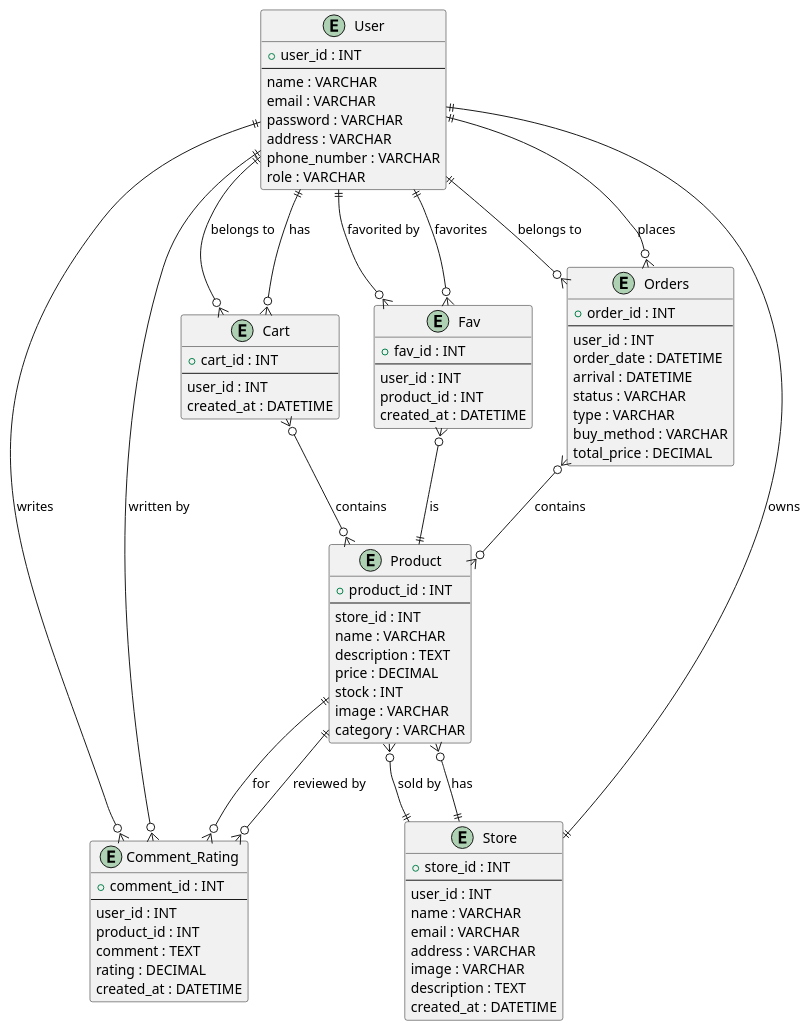
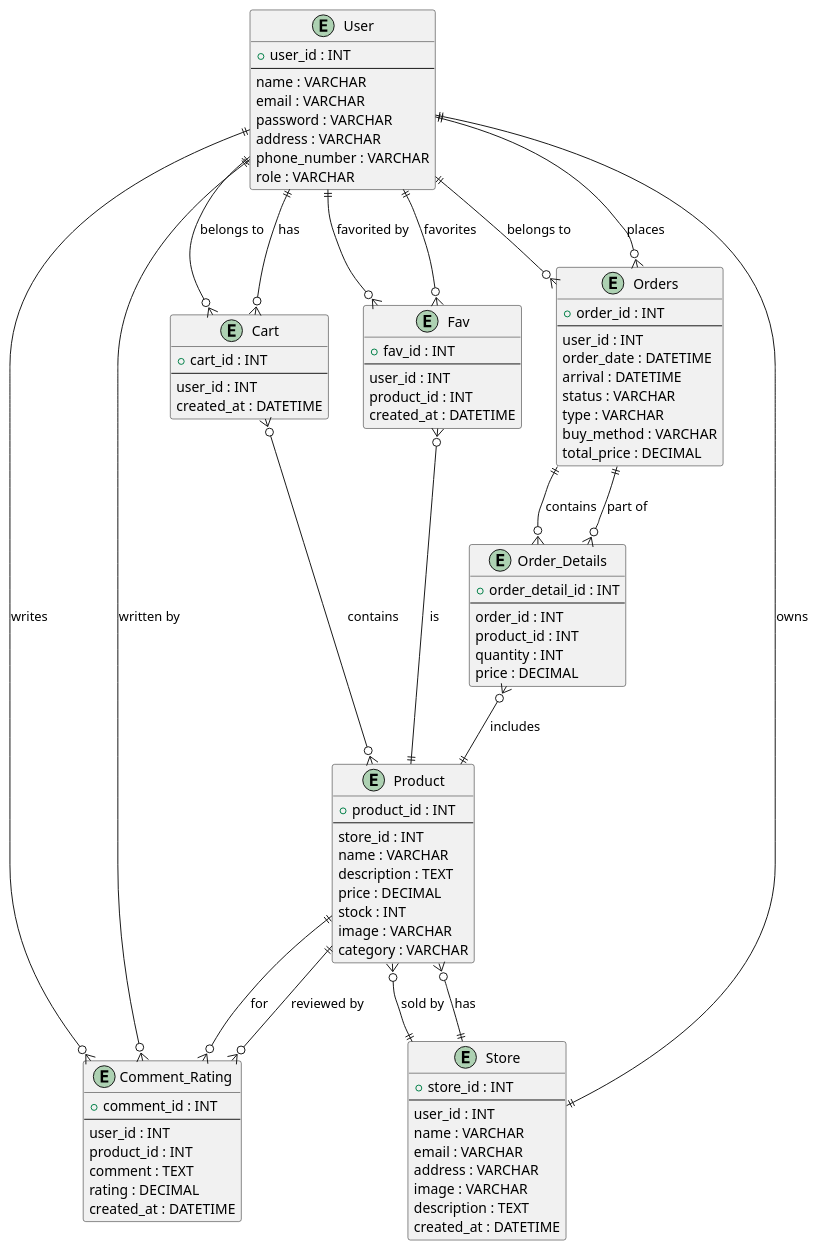
The diagram in erd.wsd (ivy799/E-Commerce-Project), drawn with PlantUML before and after one commit. The commit also changed 25 other files, not shown here.

```diff
--- a/erd.wsd
+++ b/erd.wsd
@@ -1,98 +1,110 @@
 @startuml
 entity User {
     + user_id : INT
     --
     name : VARCHAR
     email : VARCHAR
     password : VARCHAR
     address : VARCHAR
     phone_number : VARCHAR
     role : VARCHAR
 }
 
 entity Cart {
     + cart_id : INT
     --
     user_id : INT
     created_at : DATETIME
 }
 
 entity Fav {
     + fav_id : INT
     --
     user_id : INT
     product_id : INT
     created_at : DATETIME
 }
 
 entity Orders {
     + order_id : INT
     --
     user_id : INT
     order_date : DATETIME
     arrival : DATETIME
     status : VARCHAR
     type : VARCHAR
     buy_method : VARCHAR
     total_price : DECIMAL
 }
 
 entity Product {
     + product_id : INT
     --
     store_id : INT
     name : VARCHAR
     description : TEXT
     price : DECIMAL
     stock : INT
     image : VARCHAR
     category : VARCHAR
 }
 
+entity Order_Details {
+    + order_detail_id : INT
+    --
+    order_id : INT
+    product_id : INT
+    quantity : INT
+    price : DECIMAL
+}
+
 entity Comment_Rating {
     + comment_id : INT
     --
     user_id : INT
     product_id : INT
     comment : TEXT
     rating : DECIMAL
     created_at : DATETIME
 }
 
 entity Store {
     + store_id : INT
     --
     user_id : INT
     name : VARCHAR
     email : VARCHAR
     address : VARCHAR
     image : VARCHAR
     description : TEXT
     created_at : DATETIME
 }
 
 ' Relationships
 User ||--o{ Cart : "has"
 User ||--o{ Orders : "places"
 User ||--o{ Fav : "favorites"
 User ||--|| Store : "owns"
 User ||--o{ Comment_Rating : "writes"
 
 Cart }o--|| User : "belongs to"
 Cart }o--o{ Product : "contains"
 
 Fav }o--|| User : "favorited by"
 Fav }o--|| Product : "is"
 
 Orders }o--|| User : "belongs to"
-Orders }o--o{ Product : "contains"
+Orders ||--o{ Order_Details : "contains"
+
+Order_Details }o--|| Orders : "part of"
+Order_Details }o--|| Product : "includes"
 
 Product ||--o{ Comment_Rating : "reviewed by"
 Product }o--|| Store : "sold by"
 
 Comment_Rating }o--|| User : "written by"
 Comment_Rating }o--|| Product : "for"
 
 Store ||--o{ Product : "has"
 
 @enduml
```
